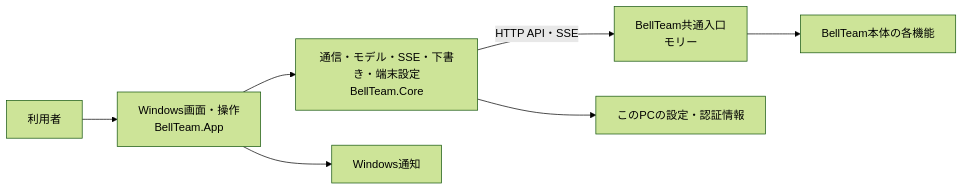
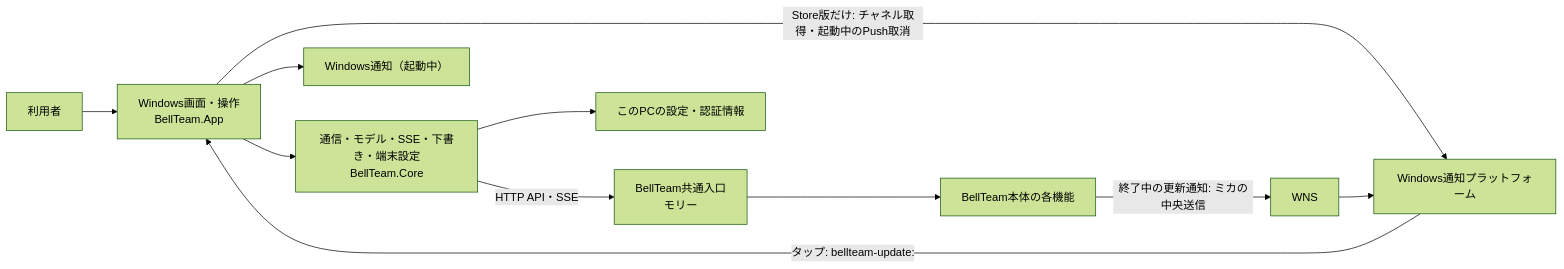
Before and after one commit to kitepon/BellTeam: the first of 3 diagrams in docs/windows-architecture.md, drawn with Mermaid (forest theme). The commit also changed other lines of this file and 12 other files, not shown here.

````diff
--- a/docs/windows-architecture.md
+++ b/docs/windows-architecture.md
@@ -7,9 +7,13 @@
 ```mermaid
 flowchart LR
   user[利用者] --> app[Windows画面・操作<br/>BellTeam.App]
   app --> core[通信・モデル・SSE・下書き・端末設定<br/>BellTeam.Core]
   core -->|HTTP API・SSE| integration[BellTeam共通入口<br/>モリー]
   core --> local[このPCの設定・認証情報]
-  app --> toast[Windows通知]
+  app --> toast[Windows通知（起動中）]
+  app -->|Store版だけ: チャネル取得・起動中のPush取消| wpn[Windows通知プラットフォーム]
   integration --> server[BellTeam本体の各機能]
+  server -->|終了中の更新通知: ミカの中央送信| wns[WNS]
+  wns --> wpn
+  wpn -->|タップ: bellteam-update:| app
 ```
````
